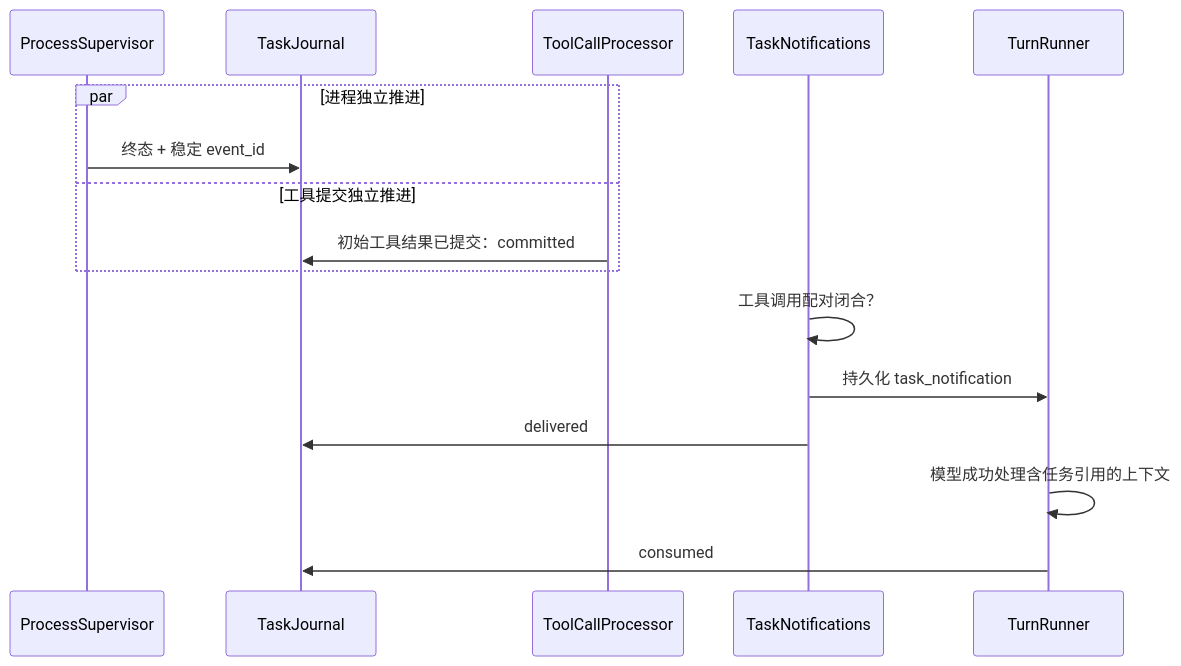
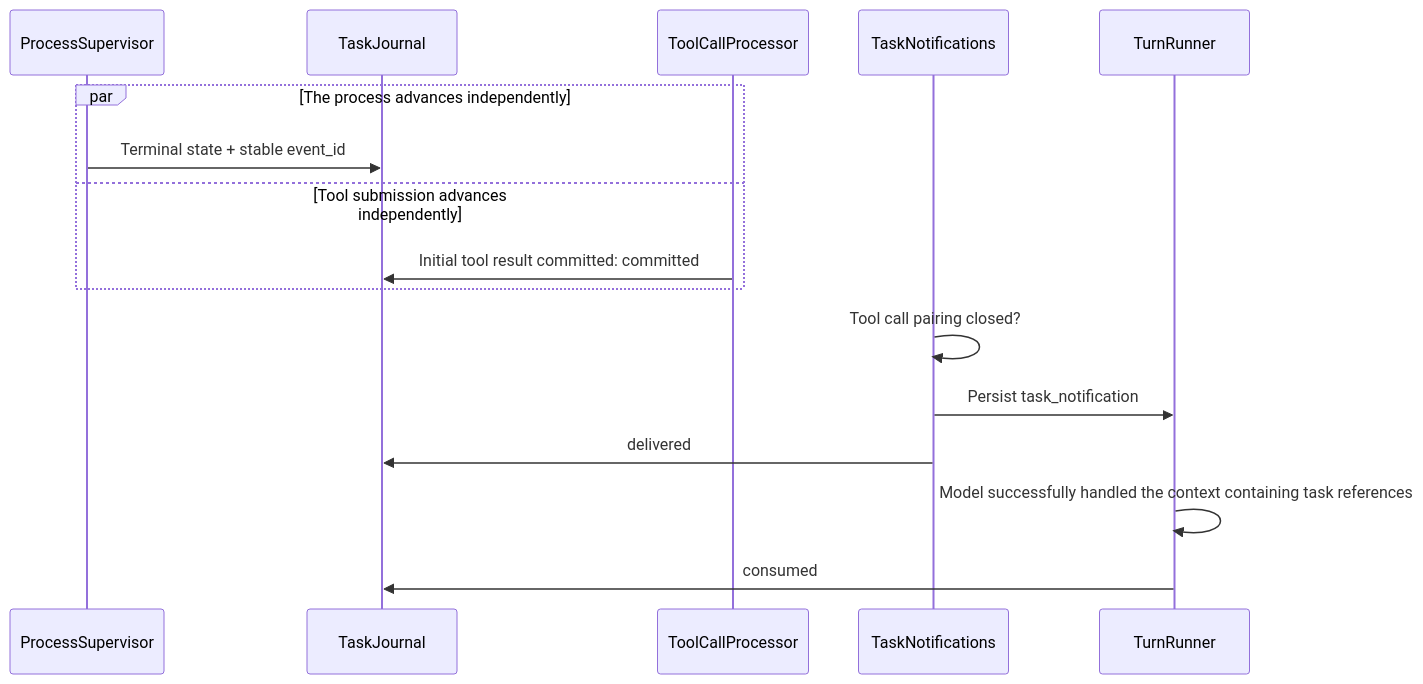
One commit to Azzurroooo/rind changed the diagram in docs/internals/05-autonomy/task-notifications.md. Above: the diagram before and after it, drawn with Mermaid. The commit also changed other lines of this file and 109 other files, not shown here.

```diff
--- a/docs/internals/05-autonomy/task-notifications.md
+++ b/docs/internals/05-autonomy/task-notifications.md
@@ -5,18 +7,18 @@
 ~~~mermaid
 sequenceDiagram
     participant P as ProcessSupervisor
     participant J as TaskJournal
     participant T as ToolCallProcessor
     participant N as TaskNotifications
     participant R as TurnRunner
-    par 进程独立推进
-        P->>J: 终态 + 稳定 event_id
-    and 工具提交独立推进
-        T->>J: 初始工具结果已提交：committed
+    par The process advances independently
+        P->>J: Terminal state + stable event_id
+    and Tool submission advances independently
+        T->>J: Initial tool result committed: committed
     end
-    N->>N: 工具调用配对闭合？
-    N->>R: 持久化 task_notification
+    N->>N: Tool call pairing closed?
+    N->>R: Persist task_notification
     N->>J: delivered
-    R->>R: 模型成功处理含任务引用的上下文
+    R->>R: Model successfully handled the context containing task references
     R->>J: consumed
 ~~~
```
